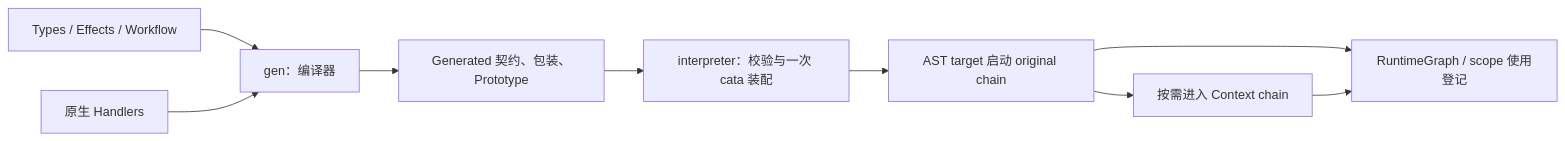
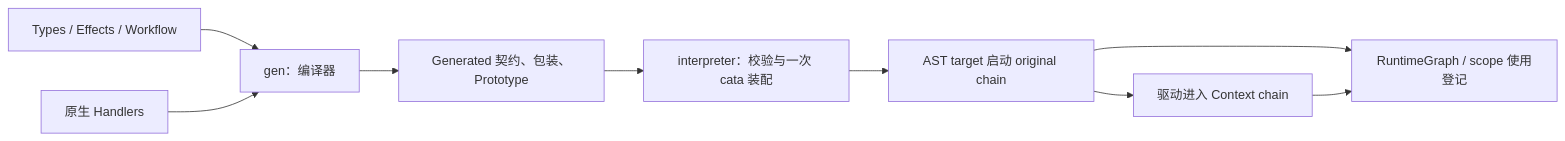
The diagram in docs/LATEST_DESIGN.md (cartesianc/algebraic-effect-sys-in-haskell), drawn with Mermaid before and after one commit. The commit also changed other lines of this file and 3 other files, not shown here.

````diff
--- a/docs/LATEST_DESIGN.md
+++ b/docs/LATEST_DESIGN.md
@@ -86,11 +87,11 @@
 ```mermaid
 flowchart LR
     F[Types / Effects / Workflow] --> G[gen：编译器]
     H[原生 Handlers] --> G
     G --> P[Generated 契约、包装、Prototype]
     P --> I[interpreter：校验与一次 cata 装配]
     I --> T[AST target 启动 original chain]
-    T --> C[按需进入 Context chain]
+    T --> C[驱动进入 Context chain]
     T --> R[RuntimeGraph / scope 使用登记]
     C --> R
 ```
````
